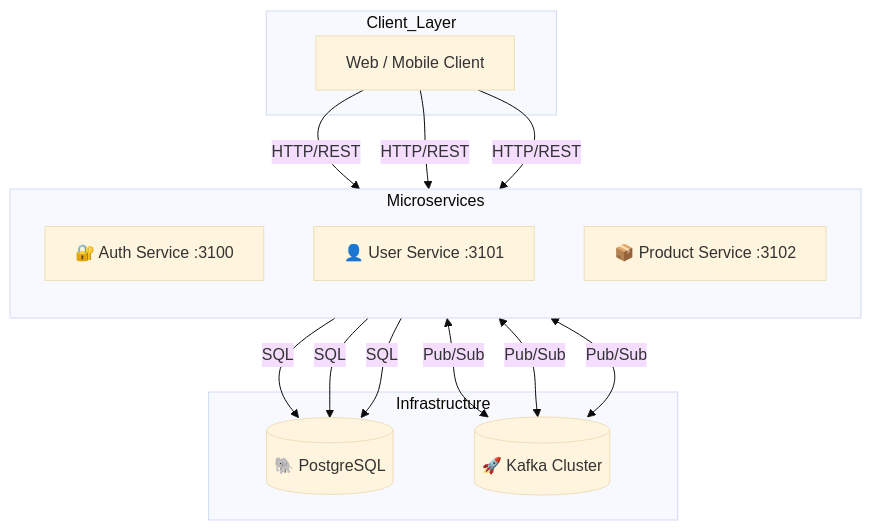
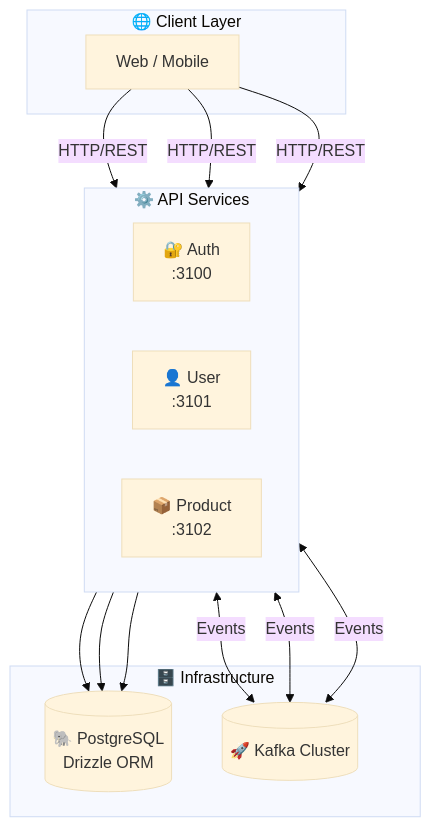
One commit to aldoignatachandra/Bun-Hono-KafkaJS-Boilerplate changed the first of 2 diagrams in README.md. Above: the diagram before and after it, drawn with Mermaid (base theme). The commit also changed other lines of this file and 32 other files, not shown here.

````diff
--- a/README.md
+++ b/README.md
@@ -52,30 +49,30 @@
 ```mermaid
 graph TB
-  subgraph Client_Layer
-    Client[Web / Mobile Client]
-  end
+    subgraph Client["🌐 Client Layer"]
+        C[Web / Mobile]
+    end
 
-  subgraph Microservices
-    direction TB
-    Auth[🔐 Auth Service :3100]
-    User[👤 User Service :3101]
-    Prod[📦 Product Service :3102]
-  end
+    subgraph Services["⚙️ API Services"]
+        direction LR
+        A[🔐 Auth<br/>:3100]
+        U[👤 User<br/>:3101]
+        P[📦 Product<br/>:3102]
+    end
 
-  subgraph Infrastructure
-    PG[(🐘 PostgreSQL)]
-    Kafka[(🚀 Kafka Cluster)]
-  end
+    subgraph Infra["🗄️ Infrastructure"]
+        DB[(🐘 PostgreSQL<br/>Drizzle ORM)]
+        K[(🚀 Kafka Cluster)]
+    end
 
-  Client -->|HTTP/REST| Auth
-  Client -->|HTTP/REST| User
-  Client -->|HTTP/REST| Prod
+    C -->|HTTP/REST| A
+    C -->|HTTP/REST| U
+    C -->|HTTP/REST| P
 
-  Auth -->|SQL| PG
-  User -->|SQL| PG
-  Prod -->|SQL| PG
+    A --> DB
+    U --> DB
+    P --> DB
 
-  Auth <-->|Pub/Sub| Kafka
-  User <-->|Pub/Sub| Kafka
-  Prod <-->|Pub/Sub| Kafka
+    A <-->|Events| K
+    U <-->|Events| K
+    P <-->|Events| K
 ```
````
